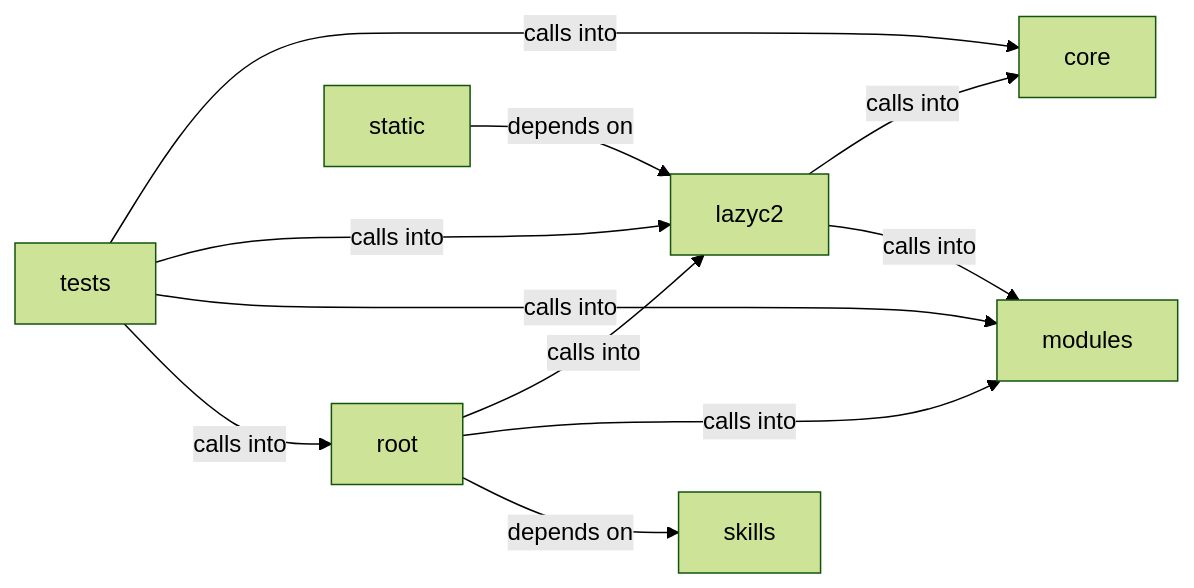
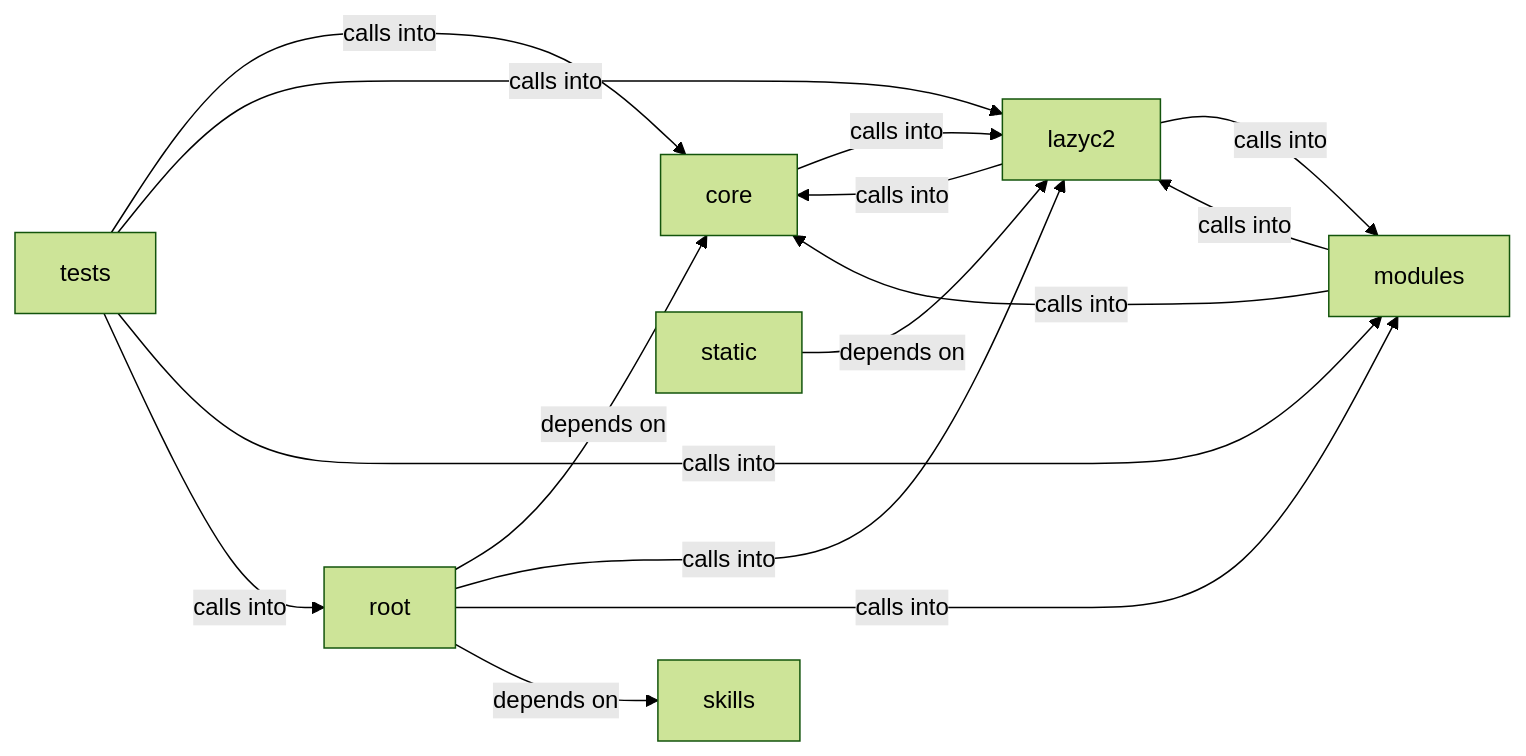
One commit to grisuno/LazyOwn changed the diagram in readmenator-diagrams/lazyc2_security.md. Above: the diagram before and after it, drawn with Mermaid (forest theme). The commit also changed other lines of this file and 451 other files, not shown here.

````diff
--- a/readmenator-diagrams/lazyc2_security.md
+++ b/readmenator-diagrams/lazyc2_security.md
@@ -5,20 +5,24 @@
 ```mermaid
 graph LR
     core["core"]
     lazyc2["lazyc2"]
     modules["modules"]
     root["root"]
     skills["skills"]
     static["static"]
     tests["tests"]
+    core -- "calls into" --> lazyc2
     lazyc2 -- "calls into" --> core
     lazyc2 -- "calls into" --> modules
+    modules -- "calls into" --> core
+    modules -- "calls into" --> lazyc2
+    root -- "depends on" --> core
     root -- "calls into" --> lazyc2
     root -- "calls into" --> modules
     root -- "depends on" --> skills
     static -- "depends on" --> lazyc2
     tests -- "calls into" --> core
     tests -- "calls into" --> lazyc2
     tests -- "calls into" --> modules
     tests -- "calls into" --> root
 ```
````
